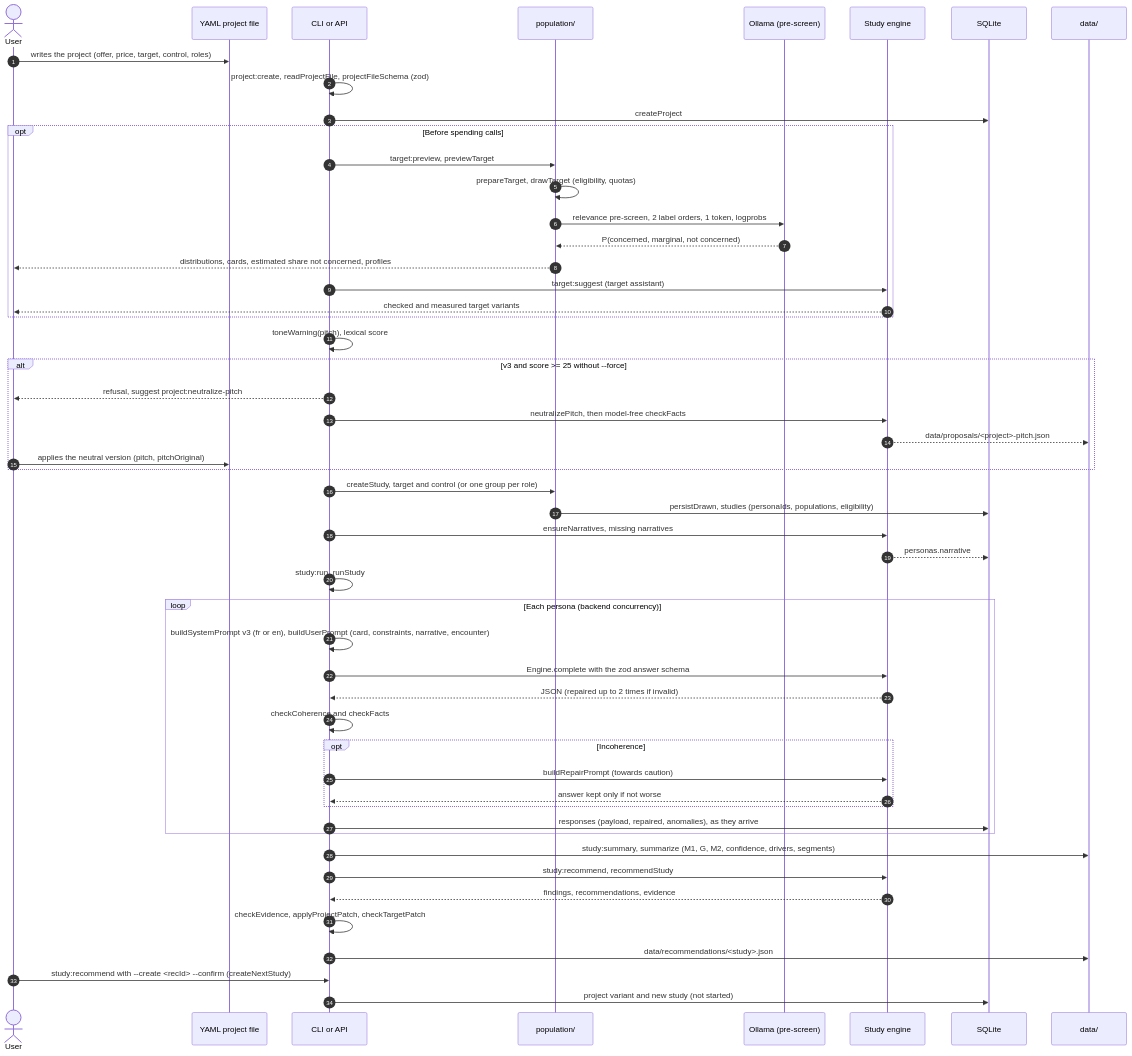
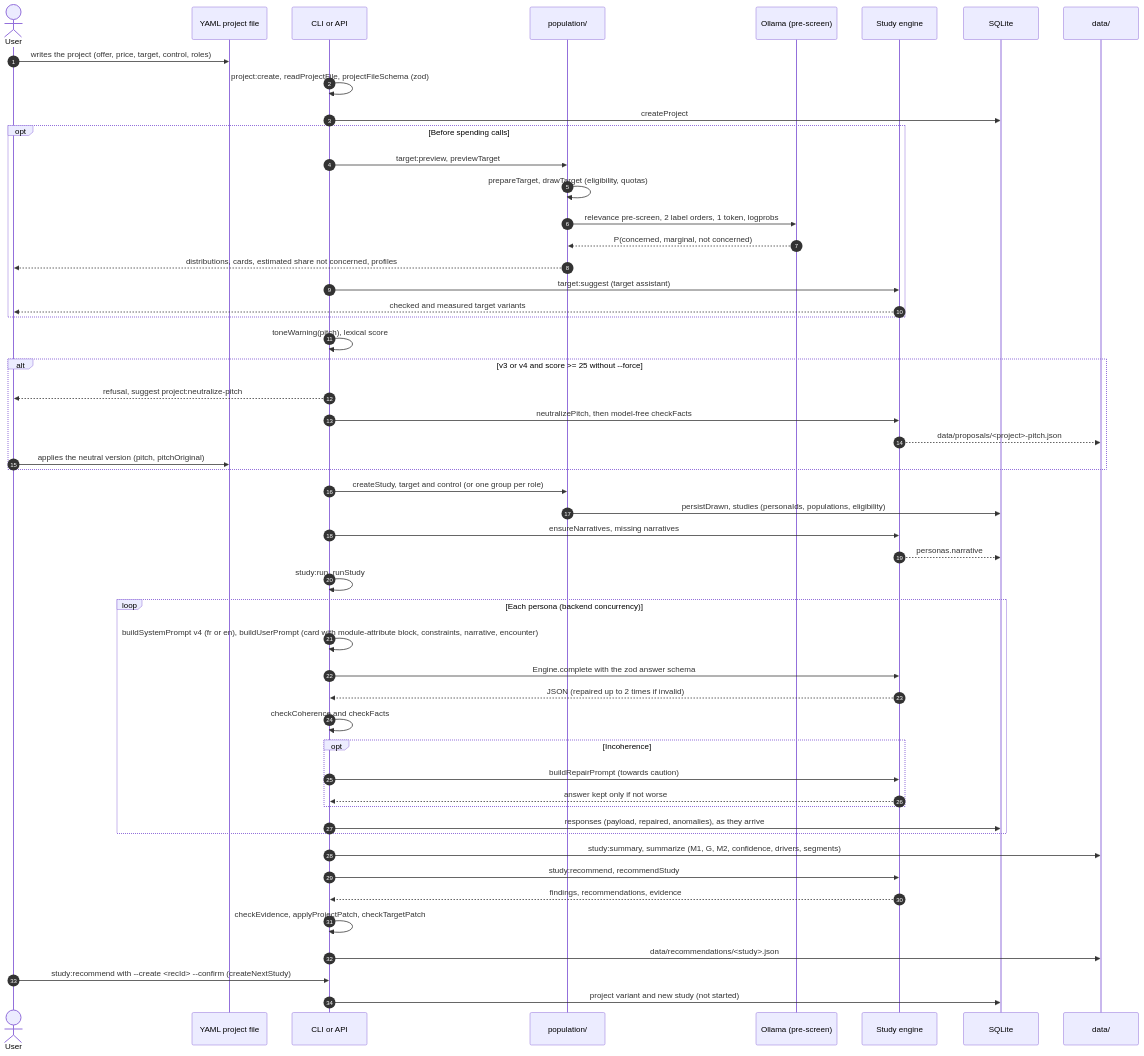
The fifth of 8 diagrams in docs/architecture.md (ArmanetPierre/personas), drawn with Mermaid before and after one commit. The commit also changed other lines of this file and 345 other files, not shown here.

````diff
--- a/docs/architecture.md
+++ b/docs/architecture.md
@@ -310,55 +310,55 @@
 ```mermaid
 sequenceDiagram
     autonumber
     actor U as User
     participant F as YAML project file
     participant C as CLI or API
     participant POP as population/
     participant Q as Ollama (pre-screen)
     participant CL as Study engine
     participant DB as SQLite
     participant FS as data/
 
     U->>F: writes the project (offer, price, target, control, roles)
     C->>C: project:create, readProjectFile, projectFileSchema (zod)
     C->>DB: createProject
     opt Before spending calls
         C->>POP: target:preview, previewTarget
         POP->>POP: prepareTarget, drawTarget (eligibility, quotas)
         POP->>Q: relevance pre-screen, 2 label orders, 1 token, logprobs
         Q-->>POP: P(concerned, marginal, not concerned)
         POP-->>U: distributions, cards, estimated share not concerned, profiles
         C->>CL: target:suggest (target assistant)
         CL-->>U: checked and measured target variants
     end
     C->>C: toneWarning(pitch), lexical score
-    alt v3 and score >= 25 without --force
+    alt v3 or v4 and score >= 25 without --force
         C-->>U: refusal, suggest project:neutralize-pitch
         C->>CL: neutralizePitch, then model-free checkFacts
         CL-->>FS: data/proposals/<project>-pitch.json
         U->>F: applies the neutral version (pitch, pitchOriginal)
     end
     C->>POP: createStudy, target and control (or one group per role)
     POP->>DB: persistDrawn, studies (personaIds, populations, eligibility)
     C->>CL: ensureNarratives, missing narratives
     CL-->>DB: personas.narrative
     C->>C: study:run, runStudy
     loop Each persona (backend concurrency)
-        C->>C: buildSystemPrompt v3 (fr or en), buildUserPrompt (card, constraints, narrative, encounter)
+        C->>C: buildSystemPrompt v4 (fr or en), buildUserPrompt (card with module-attribute block, constraints, narrative, encounter)
         C->>CL: Engine.complete with the zod answer schema
         CL-->>C: JSON (repaired up to 2 times if invalid)
         C->>C: checkCoherence and checkFacts
         opt Incoherence
             C->>CL: buildRepairPrompt (towards caution)
             CL-->>C: answer kept only if not worse
         end
         C->>DB: responses (payload, repaired, anomalies), as they arrive
     end
     C->>FS: study:summary, summarize (M1, G, M2, confidence, drivers, segments)
     C->>CL: study:recommend, recommendStudy
     CL-->>C: findings, recommendations, evidence
     C->>C: checkEvidence, applyProjectPatch, checkTargetPatch
     C->>FS: data/recommendations/<study>.json
     U->>C: study:recommend with --create <recId> --confirm (createNextStudy)
     C->>DB: project variant and new study (not started)
 ```
````
